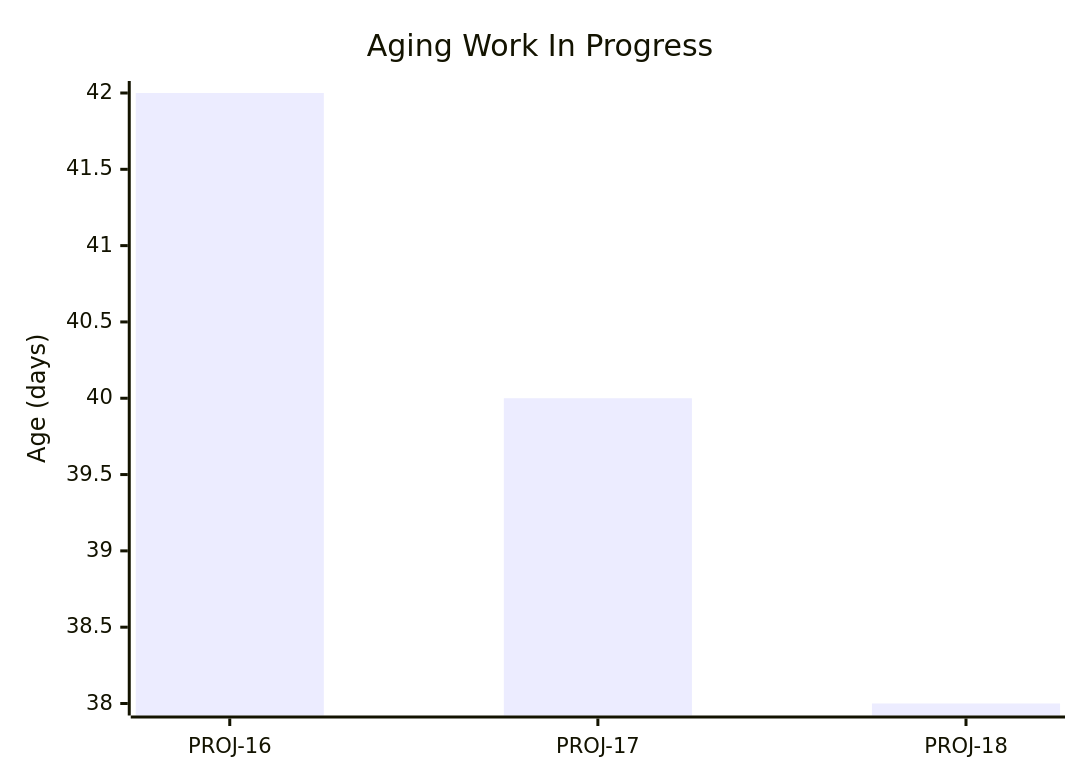
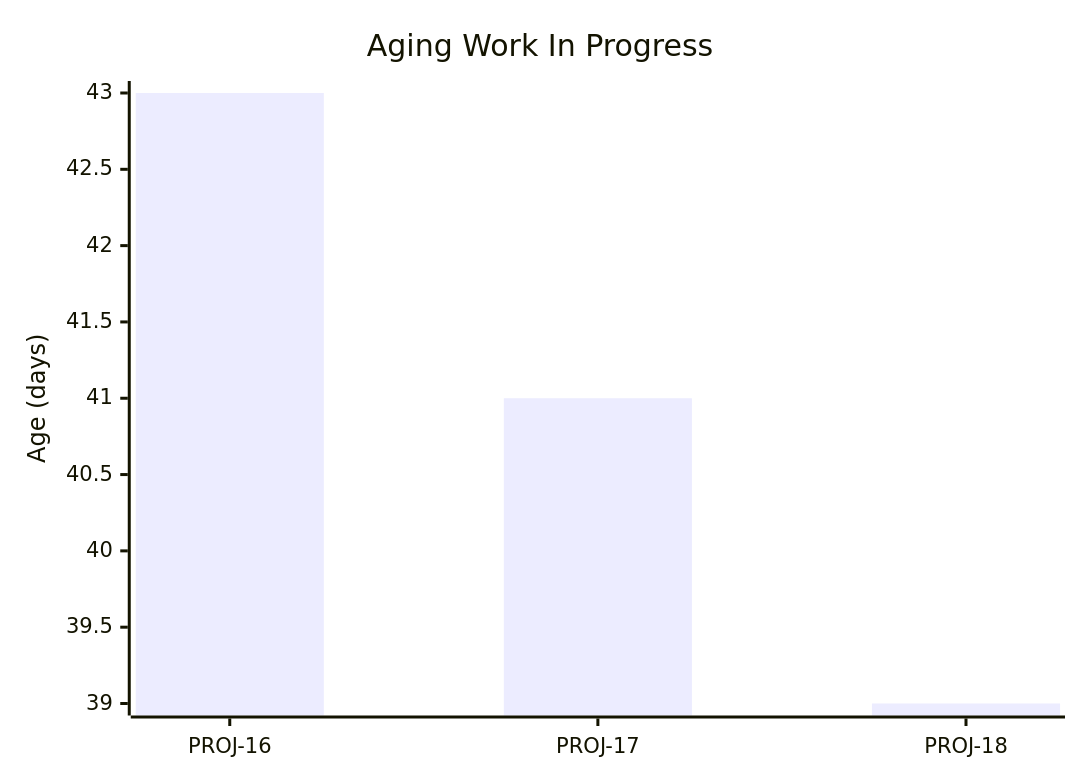
Before and after one commit to cbroult/predictability-engine: the first of 5 diagrams in data/samples/reports/sample_data/dashboard.md, drawn with Mermaid. The commit also changed other lines of this file and 72 other files, not shown here.

````diff
--- a/data/samples/reports/sample_data/dashboard.md
+++ b/data/samples/reports/sample_data/dashboard.md
@@ -24,7 +24,7 @@
 ```mermaid
 xychart-beta
     title "Aging Work In Progress"
     x-axis ["PROJ-16", "PROJ-17", "PROJ-18"]
     y-axis "Age (days)"
-    bar "Age" [42, 40, 38]
+    bar "Age" [43, 41, 39]
 ```
````
